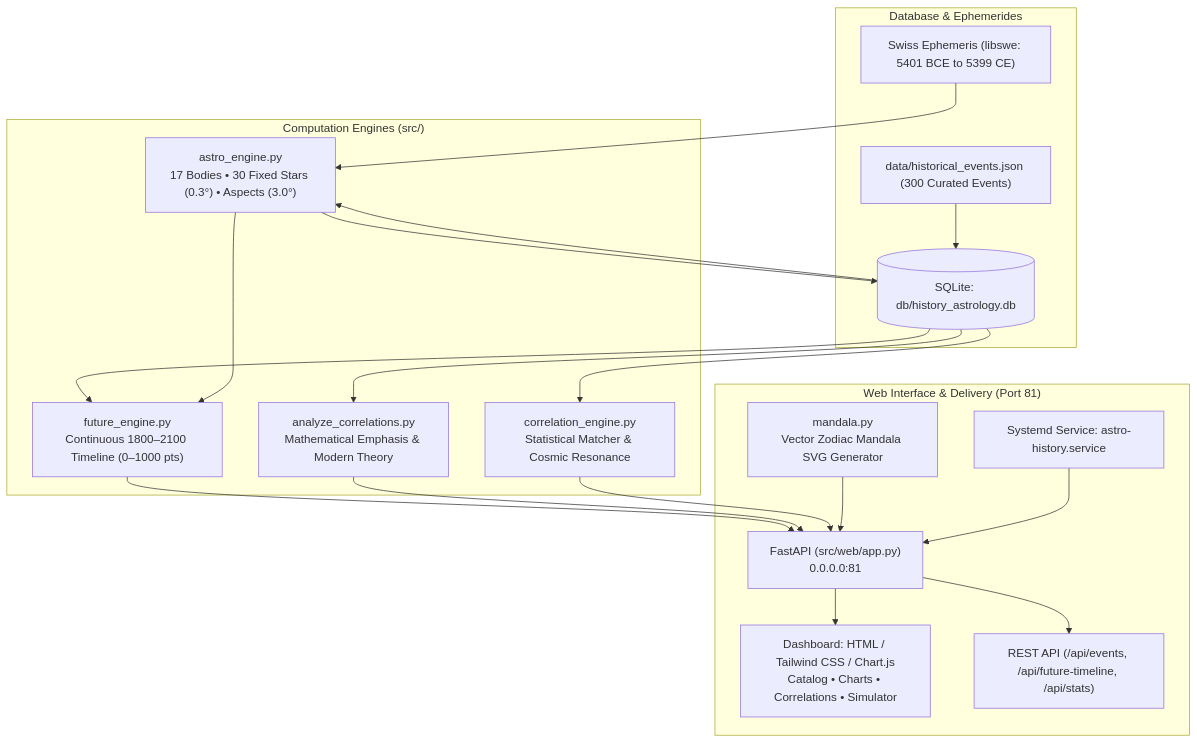
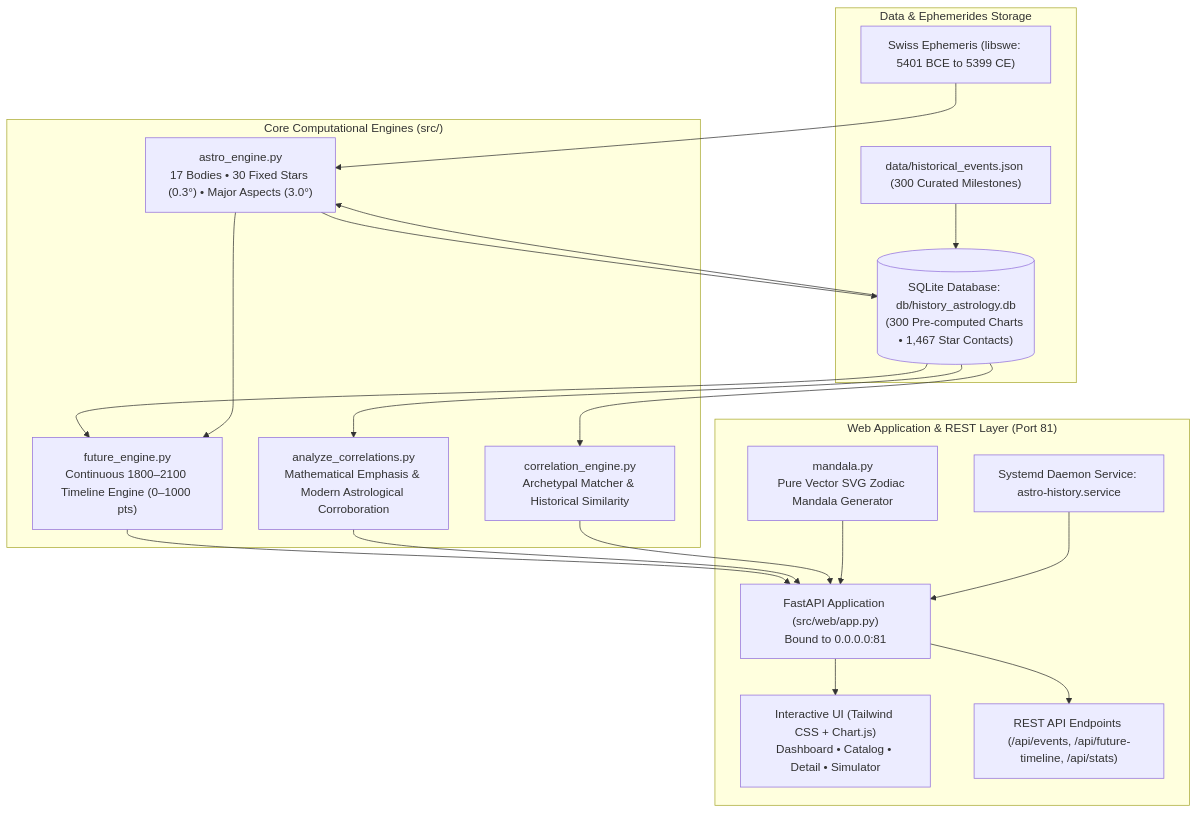
Before and after one commit to marceloasl99/astro-history: the diagram in README.md, drawn with Mermaid. The commit also changed other lines of this file and 7 other files, not shown here.

````diff
--- a/README.md
+++ b/README.md
@@ -46,36 +84,36 @@
 ```mermaid
 flowchart TD
-    subgraph "Database & Ephemerides"
+    subgraph "Data & Ephemerides Storage"
         SWE["Swiss Ephemeris (libswe: 5401 BCE to 5399 CE)"]
-        JSON_EV["data/historical_events.json (300 Curated Events)"]
-        SQLITE[("SQLite: db/history_astrology.db")]
+        JSON_EV["data/historical_events.json (300 Curated Milestones)"]
+        SQLITE[("SQLite Database: db/history_astrology.db<br/>(300 Pre-computed Charts • 1,467 Star Contacts)")]
     end
 
-    subgraph "Computation Engines (src/)"
-        AE["astro_engine.py<br/>17 Bodies • 30 Fixed Stars (0.3°) • Aspects (3.0°)"]
-        CE["correlation_engine.py<br/>Statistical Matcher & Cosmic Resonance"]
-        AC["analyze_correlations.py<br/>Mathematical Emphasis & Modern Theory"]
-        FE["future_engine.py<br/>Continuous 1800–2100 Timeline (0–1000 pts)"]
+    subgraph "Core Computational Engines (src/)"
+        AE["astro_engine.py<br/>17 Bodies • 30 Fixed Stars (0.3°) • Major Aspects (3.0°)"]
+        CE["correlation_engine.py<br/>Archetypal Matcher & Historical Similarity"]
+        AC["analyze_correlations.py<br/>Mathematical Emphasis & Modern Astrological Corroboration"]
+        FE["future_engine.py<br/>Continuous 1800–2100 Timeline Engine (0–1000 pts)"]
     end
 
-    subgraph "Web Interface & Delivery (Port 81)"
-        APP["FastAPI (src/web/app.py)<br/>0.0.0.0:81"]
-        MAN["mandala.py<br/>Vector Zodiac Mandala SVG Generator"]
-        DASH["Dashboard: HTML / Tailwind CSS / Chart.js<br/>Catalog • Charts • Correlations • Simulator"]
-        REST["REST API (/api/events, /api/future-timeline, /api/stats)"]
-        SVC["Systemd Service: astro-history.service"]
+    subgraph "Web Application & REST Layer (Port 81)"
+        APP["FastAPI Application (src/web/app.py)<br/>Bound to 0.0.0.0:81"]
+        MAN["mandala.py<br/>Pure Vector SVG Zodiac Mandala Generator"]
+        DASH["Interactive UI (Tailwind CSS + Chart.js)<br/>Dashboard • Catalog • Detail • Simulator"]
+        REST["REST API Endpoints (/api/events, /api/future-timeline, /api/stats)"]
+        SVC["Systemd Daemon Service: astro-history.service"]
     end
 
     SWE --> AE
     JSON_EV --> SQLITE
     SQLITE --> AE
     AE --> SQLITE
     SQLITE --> CE & AC & FE
     AE --> FE
     FE --> APP
     AC --> APP
     CE --> APP
     MAN --> APP
     APP --> DASH & REST
     SVC --> APP
 ```
````
